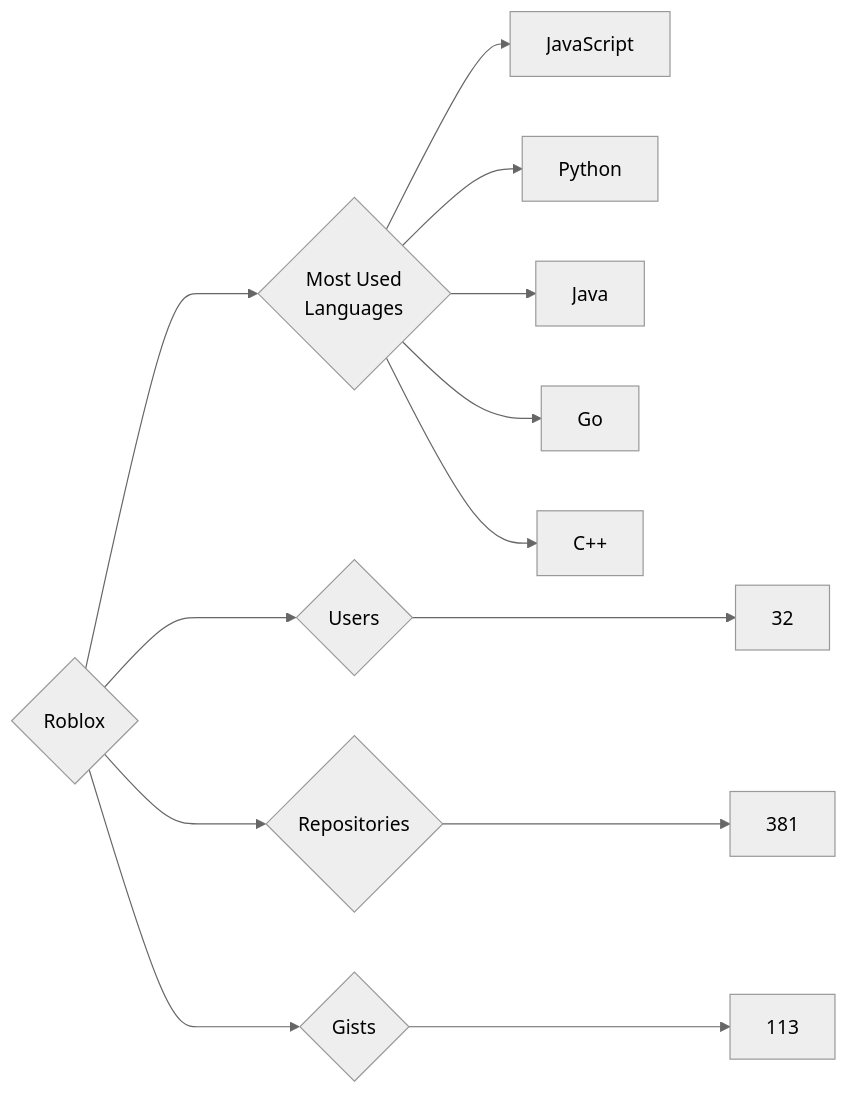
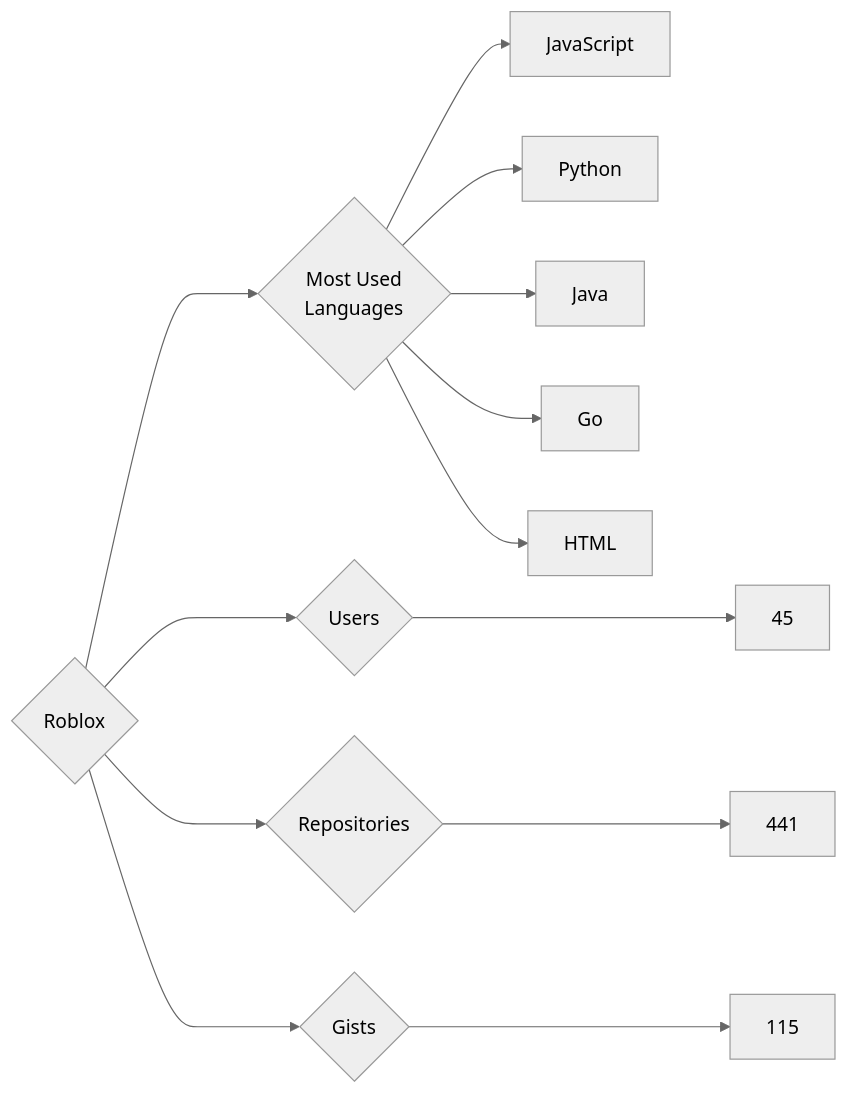
One commit to trickest/insiders changed the diagram in targets/Roblox/README.md. Above: the diagram before and after it, drawn with Mermaid (neutral theme). The commit also changed 1696 other files, not shown here.

````diff
--- a/targets/Roblox/README.md
+++ b/targets/Roblox/README.md
@@ -3,13 +3,13 @@
 ```mermaid
 graph LR
 COMPANY_NAME{Roblox}
-COMPANY_NAME ---> U{Users} ---> UN[32]
-COMPANY_NAME ---> R{Repositories} ---> RN[381]
-COMPANY_NAME ---> G{Gists} ---> GN[113]
+COMPANY_NAME ---> U{Users} ---> UN[45]
+COMPANY_NAME ---> R{Repositories} ---> RN[441]
+COMPANY_NAME ---> G{Gists} ---> GN[115]
 COMPANY_NAME ---> ML{Most Used<br>Languages}
 ML --> JavaScript[JavaScript]
 ML --> Python[Python]
 ML --> Java[Java]
 ML --> Go[Go]
-ML --> C++[C++]
+ML --> HTML[HTML]
 ```
````
